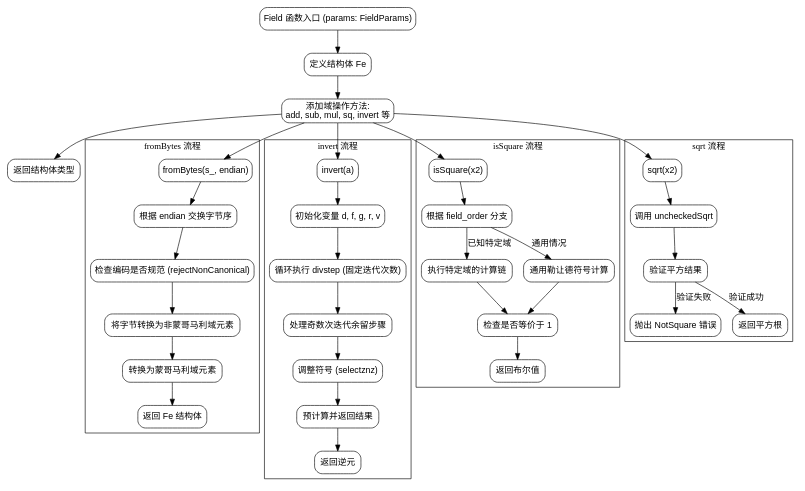
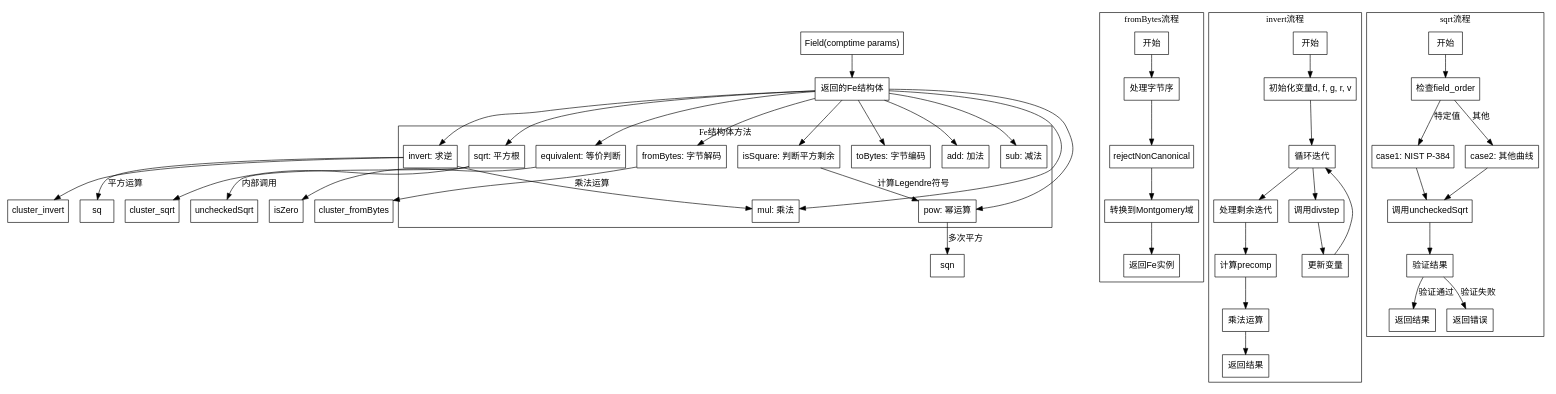
One commit to sdzx-1/deepseek-zig-reader changed the diagram in dot_std/crypto/pcurves/common.zig.Field.md. Above: the diagram before and after it, drawn with Graphviz. The commit also changed other lines of this file and 236 other files, not shown here.

````diff
--- a/dot_std/crypto/pcurves/common.zig.Field.md
+++ b/dot_std/crypto/pcurves/common.zig.Field.md
@@ -15,81 +113,87 @@
 ```dot
-digraph flowchart {
-    node [shape=rectangle, style="rounded", fontname="Arial"];
+digraph FieldFunction {
+    node [shape=rectangle, fontname="Arial"];
     edge [fontname="Arial"];
 
-    // 总体结构
-    start [label="Field 函数入口 (params: FieldParams)"];
-    define_struct [label="定义结构体 Fe"];
-    add_methods [label="添加域操作方法:\nadd, sub, mul, sq, invert 等"];
-    end [label="返回结构体类型"];
+    // 主要结构节点
+    FieldFunction [label="Field(comptime params)"];
+    FeStruct [label="返回的Fe结构体"];
+    FieldFunction -> FeStruct;
 
-    start -> define_struct -> add_methods -> end;
+    // Fe结构体的主要方法
+    subgraph cluster_fe_methods {
+        label="Fe结构体方法";
+        fromBytes [label="fromBytes: 字节解码"];
+        toBytes [label="toBytes: 字节编码"];
+        add [label="add: 加法"];
+        sub [label="sub: 减法"];
+        mul [label="mul: 乘法"];
+        invert [label="invert: 求逆"];
+        sqrt [label="sqrt: 平方根"];
+        isSquare [label="isSquare: 判断平方剩余"];
+        pow [label="pow: 幂运算"];
+        equivalent [label="equivalent: 等价判断"];
+    }
+    FeStruct -> {fromBytes toBytes add sub mul invert sqrt isSquare pow equivalent};
 
-    // fromBytes 流程
+    // fromBytes详细流程
     subgraph cluster_fromBytes {
-        label="fromBytes 流程";
-        fromBytes_start [label="fromBytes(s_, endian)"];
-        swap_endian [label="根据 endian 交换字节序"];
-        reject_non_canonical [label="检查编码是否规范 (rejectNonCanonical)"];
-        convert_bytes_to_limbs [label="将字节转换为非蒙哥马利域元素"];
-        to_montgomery [label="转换为蒙哥马利域元素"];
-        return_fe [label="返回 Fe 结构体"];
+        label="fromBytes流程";
+        fb_start [label="开始"];
+        fb_endian [label="处理字节序"];
+        fb_reject [label="rejectNonCanonical"];
+        fb_convert [label="转换到Montgomery域"];
+        fb_return [label="返回Fe实例"];
+        fb_start -> fb_endian -> fb_reject -> fb_convert -> fb_return;
+    }
+    fromBytes -> cluster_fromBytes [lhead=cluster_fromBytes];
 
-        fromBytes_start -> swap_endian -> reject_non_canonical;
-        reject_non_canonical -> convert_bytes_to_limbs -> to_montgomery -> return_fe;
+    // invert方法详细流程
+    subgraph cluster_invert {
+        label="invert流程";
+        inv_start [label="开始"];
+        inv_init [label="初始化变量d, f, g, r, v"];
+        inv_loop [label="循环迭代"];
+        inv_divstep [label="调用divstep"];
+        inv_update [label="更新变量"];
+        inv_cond [label="处理剩余迭代"];
+        inv_precomp [label="计算precomp"];
+        inv_mul [label="乘法运算"];
+        inv_end [label="返回结果"];
+        inv_start -> inv_init -> inv_loop;
+        inv_loop -> inv_divstep -> inv_update -> inv_loop;
+        inv_loop -> inv_cond -> inv_precomp -> inv_mul -> inv_end;
     }
+    invert -> cluster_invert [lhead=cluster_invert];
 
-    // invert 流程
-    subgraph cluster_invert {
-        label="invert 流程";
-        invert_start [label="invert(a)"];
-        initialize_vars [label="初始化变量 d, f, g, r, v"];
-        divstep_loop [label="循环执行 divstep (固定迭代次数)"];
-        handle_remainder [label="处理奇数次迭代余留步骤"];
-        adjust_sign [label="调整符号 (selectznz)"];
-        precompute_mul [label="预计算并返回结果"];
-        invert_end [label="返回逆元"];
+    // sqrt方法条件分支
+    subgraph cluster_sqrt {
+        label="sqrt流程";
+        sqrt_start [label="开始"];
+        sqrt_check_order [label="检查field_order"];
+        sqrt_case1 [label="case1: NIST P-384"];
+        sqrt_case2 [label="case2: 其他曲线"];
+        sqrt_unchecked [label="调用uncheckedSqrt"];
+        sqrt_verify [label="验证结果"];
+        sqrt_error [label="返回错误"];
+        sqrt_end [label="返回结果"];
+        sqrt_start -> sqrt_check_order;
+        sqrt_check_order -> sqrt_case1 [label="特定值"];
+        sqrt_check_order -> sqrt_case2 [label="其他"];
+        sqrt_case1 -> sqrt_unchecked;
+        sqrt_case2 -> sqrt_unchecked;
+        sqrt_unchecked -> sqrt_verify;
+        sqrt_verify -> sqrt_end [label="验证通过"];
+        sqrt_verify -> sqrt_error [label="验证失败"];
+    }
+    sqrt -> cluster_sqrt [lhead=cluster_sqrt];
 
-        invert_start -> initialize_vars -> divstep_loop -> handle_remainder;
-        handle_remainder -> adjust_sign -> precompute_mul -> invert_end;
-    }
-
-    // isSquare 流程
-    subgraph cluster_isSquare {
-        label="isSquare 流程";
-        isSquare_start [label="isSquare(x2)"];
-        check_field_order [label="根据 field_order 分支"];
-        compute_specific_chain [label="执行特定域的计算链"];
-        compute_generic [label="通用勒让德符号计算"];
-        check_equivalent [label="检查是否等价于 1"];
-        return_result [label="返回布尔值"];
-
-        isSquare_start -> check_field_order;
-        check_field_order -> compute_specific_chain [label="已知特定域"];
-        check_field_order -> compute_generic [label="通用情况"];
-        compute_specific_chain -> check_equivalent;
-        compute_generic -> check_equivalent;
-        check_equivalent -> return_result;
-    }
-
-    // sqrt 流程
-    subgraph cluster_sqrt {
-        label="sqrt 流程";
-        sqrt_start [label="sqrt(x2)"];
-        call_uncheckedSqrt [label="调用 uncheckedSqrt"];
-        verify_square [label="验证平方结果"];
-        throw_error [label="抛出 NotSquare 错误"];
-        return_x [label="返回平方根"];
-
-        sqrt_start -> call_uncheckedSqrt -> verify_square;
-        verify_square -> return_x [label="验证成功"];
-        verify_square -> throw_error [label="验证失败"];
-    }
-
-    // 连接主流程与方法子图
-    add_methods -> fromBytes_start [ltail=cluster_fromBytes];
-    add_methods -> invert_start [ltail=cluster_invert];
-    add_methods -> isSquare_start [ltail=cluster_isSquare];
-    add_methods -> sqrt_start [ltail=cluster_sqrt];
+    // 关键依赖关系
+    equivalent -> isZero;
+    pow -> sqn [label="多次平方"];
+    isSquare -> pow [label="计算Legendre符号"];
+    sqrt -> uncheckedSqrt [label="内部调用"];
+    invert -> mul [label="乘法运算"];
+    invert -> sq [label="平方运算"];
 }
-```
+``` 
````
